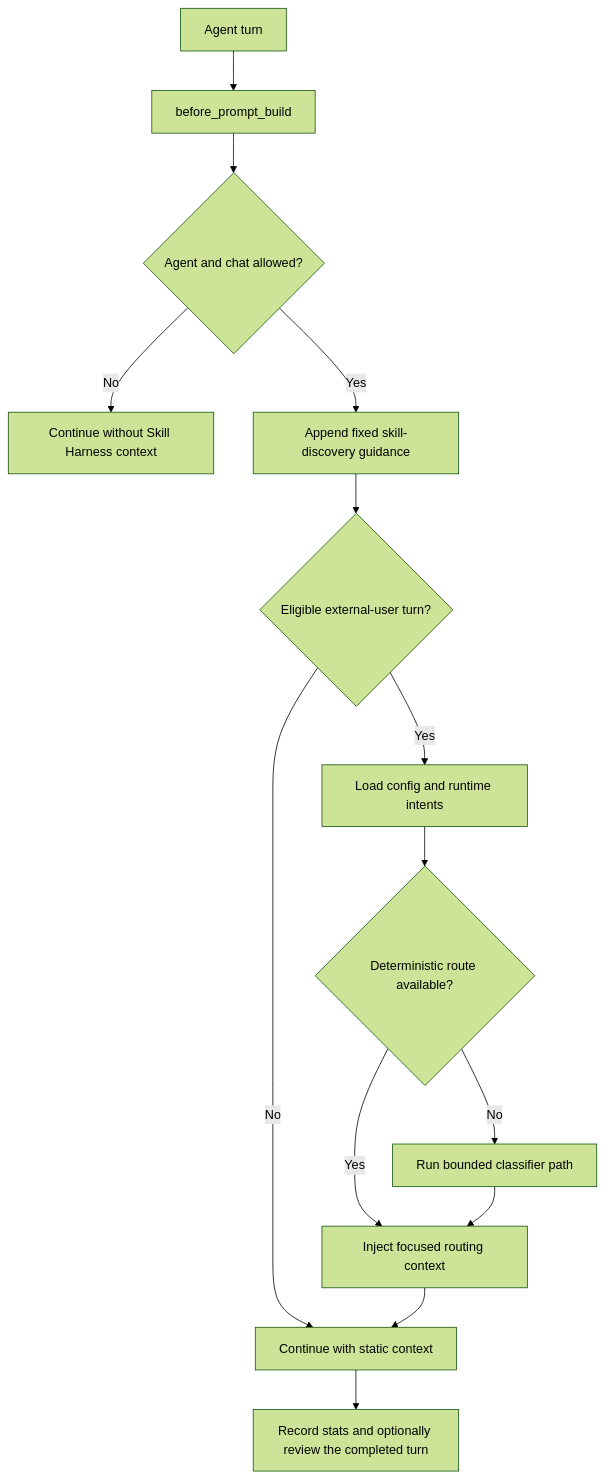
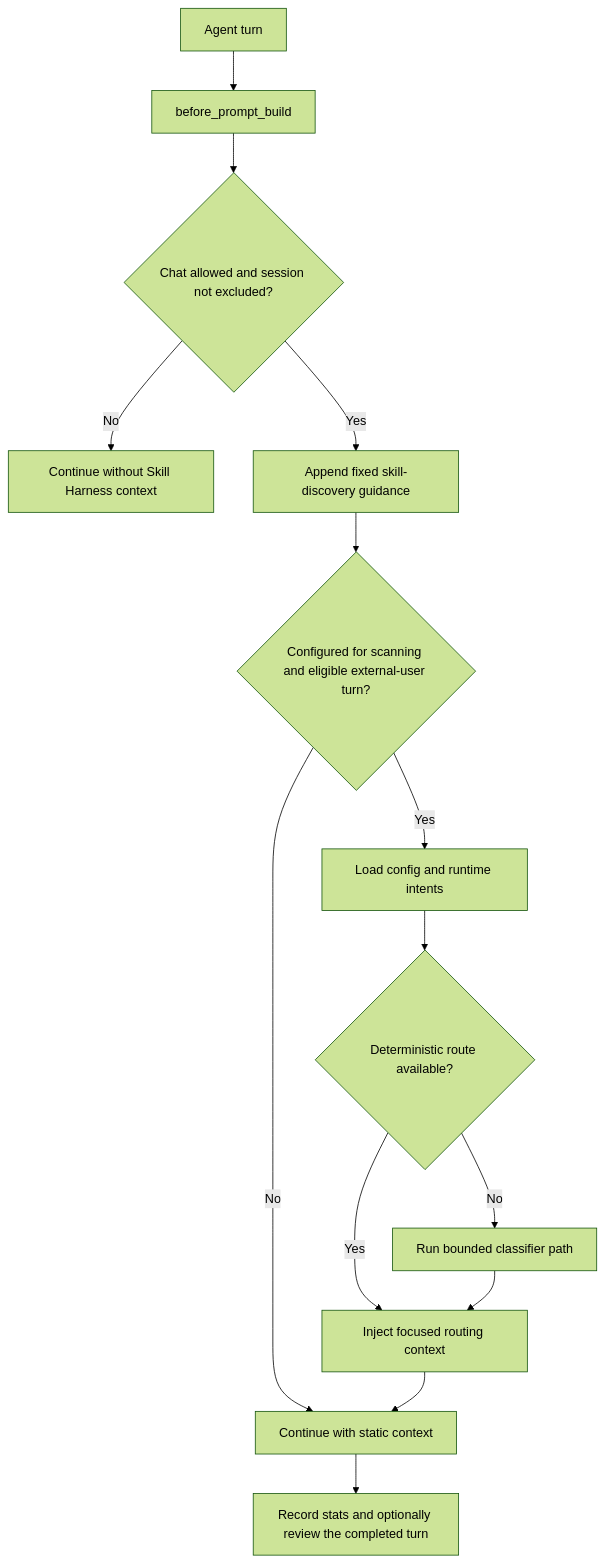
The diagram in README.md (ani6439walc/openclaw-plugin-skill-harness), drawn with Mermaid (forest theme) before and after one commit. The commit also changed other lines of this file and 12 other files, not shown here.

````diff
--- a/README.md
+++ b/README.md
@@ -53,16 +53,16 @@
 ```mermaid
 graph TD
   A[Agent turn] --> B[before_prompt_build]
-  B --> C{Agent and chat allowed?}
+  B --> C{Chat allowed and session not excluded?}
   C -->|No| Z[Continue without Skill Harness context]
   C -->|Yes| D[Append fixed skill-discovery guidance]
-  D --> E{Eligible external-user turn?}
+  D --> E{Configured for scanning and eligible external-user turn?}
   E -->|No| M[Continue with static context]
   E -->|Yes| F[Load config and runtime intents]
   F --> G{Deterministic route available?}
   G -->|Yes| H[Inject focused routing context]
   G -->|No| I[Run bounded classifier path]
   I --> H
   H --> M
   M --> N[Record stats and optionally review the completed turn]
 ```
````
